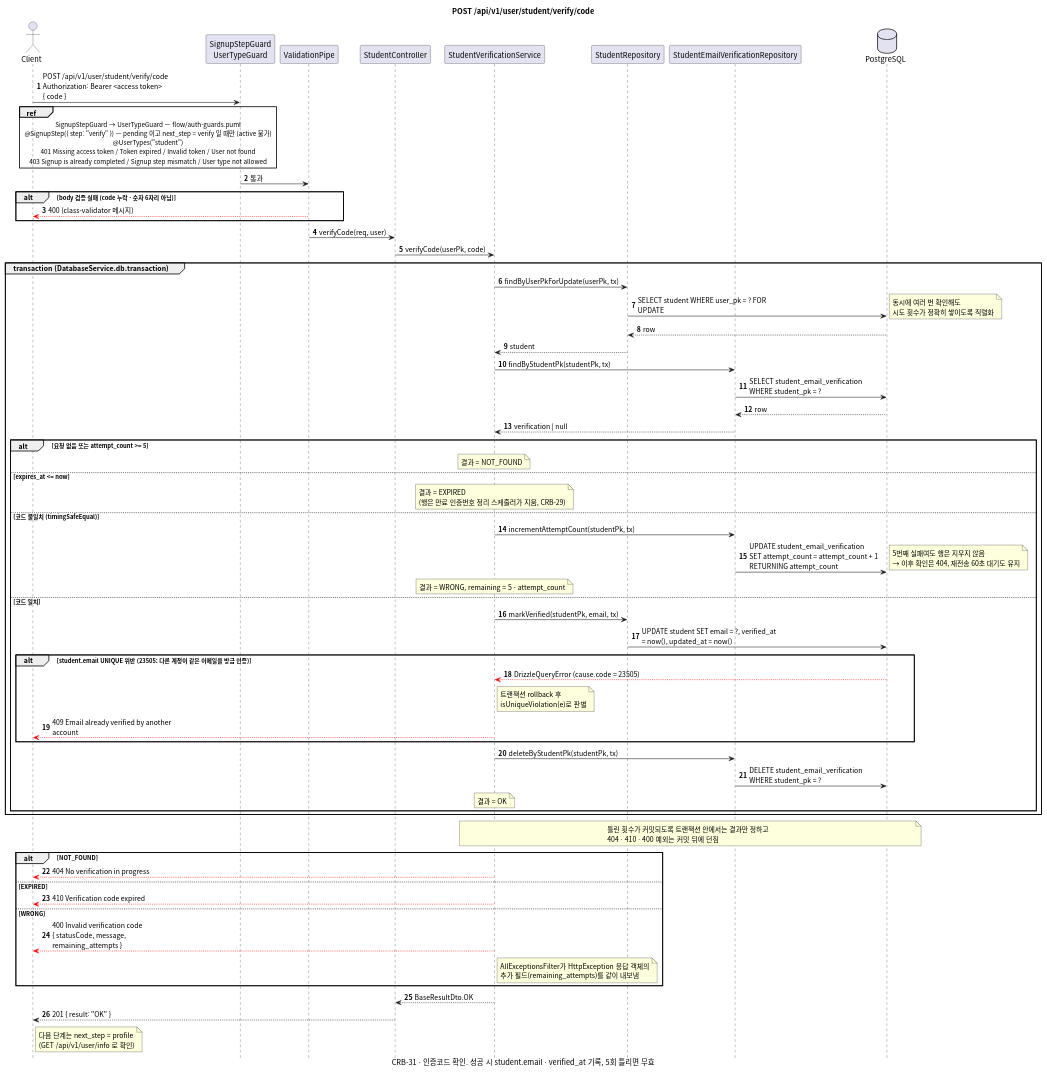
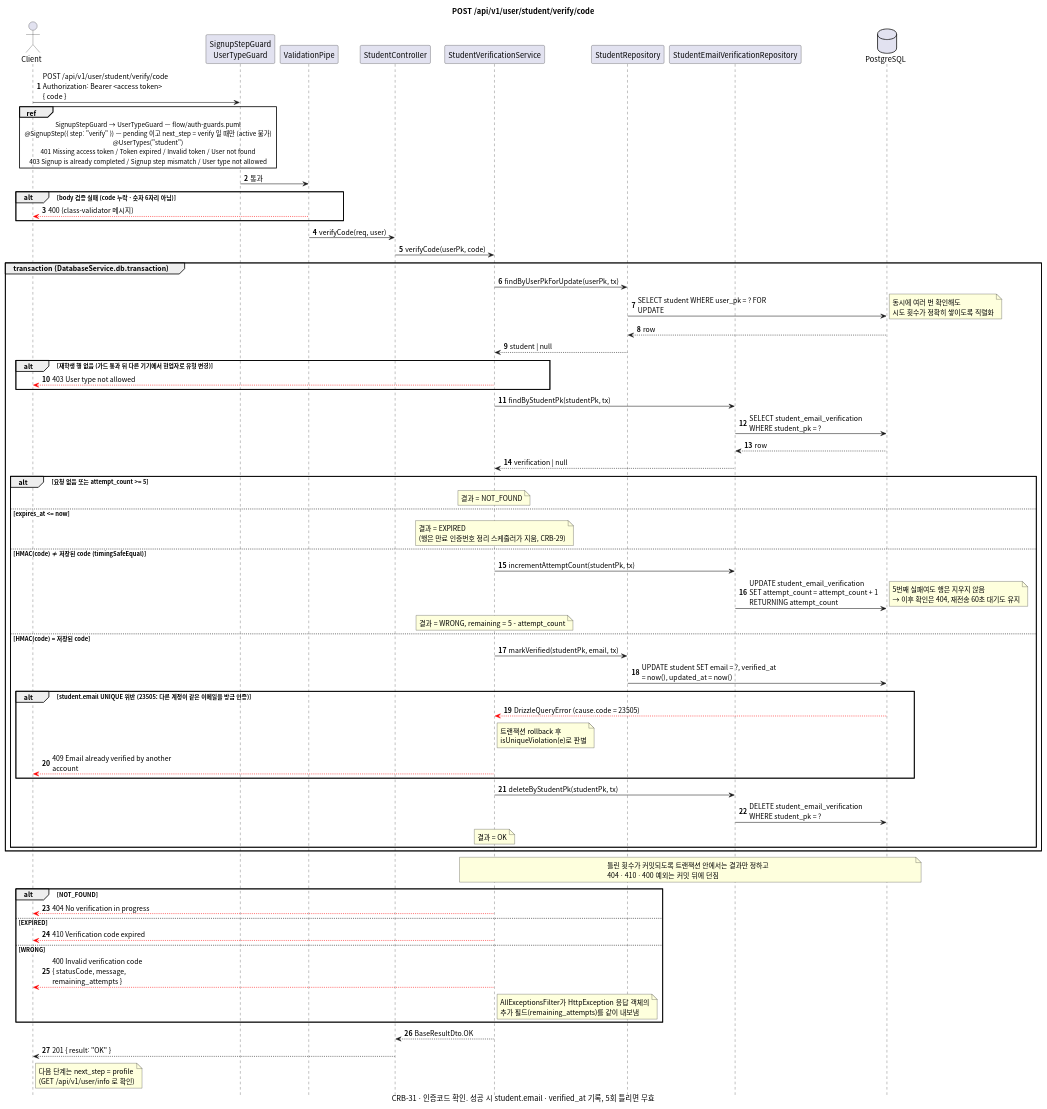
One commit to gsainfoteam/cheers-be changed the diagram in docs/sequence/student/post-verify-code.puml. Above: the diagram before and after it, drawn with PlantUML. The commit also changed 3 other files, not shown here.

Commit message:
- docs: update student diagrams for review fixes

```diff
--- a/docs/sequence/student/post-verify-code.puml
+++ b/docs/sequence/student/post-verify-code.puml
@@ -1,96 +1,99 @@
 @startuml post-verify-code
 skinparam defaultFontName "Apple SD Gothic Neo", "Noto Sans CJK KR", sans-serif
 skinparam responseMessageBelowArrow true
 skinparam sequenceMessageAlign left
 skinparam maxMessageSize 260
 skinparam BoxPadding 8
 skinparam shadowing false
 autonumber
 hide footbox
 
 title POST /api/v1/user/student/verify/code
 caption CRB-31 · 인증코드 확인. 성공 시 student.email · verified_at 기록, 5회 틀리면 무효
 
 actor Client
 participant "SignupStepGuard\nUserTypeGuard" as Guard
 participant "ValidationPipe" as Pipe
 participant "StudentController" as Controller
 participant "StudentVerificationService" as Service
 participant "StudentRepository" as StudentRepository
 participant "StudentEmailVerificationRepository" as VerificationRepository
 database PostgreSQL
 
 Client -> Guard: POST /api/v1/user/student/verify/code\nAuthorization: Bearer <access token>\n{ code }
 ref over Client, Guard
   SignupStepGuard → UserTypeGuard — flow/auth-guards.puml
   @SignupStep({ step: "verify" }) — pending 이고 next_step = verify 일 때만 (active 불가)
   @UserTypes("student")
   401 Missing access token / Token expired / Invalid token / User not found
   403 Signup is already completed / Signup step mismatch / User type not allowed
 end ref
 Guard -> Pipe: 통과
 alt body 검증 실패 (code 누락 · 숫자 6자리 아님)
   Pipe -[#red]-> Client: 400 (class-validator 메시지)
 end
 Pipe -> Controller: verifyCode(req, user)
 Controller -> Service: verifyCode(userPk, code)
 
 group transaction (DatabaseService.db.transaction)
   Service -> StudentRepository: findByUserPkForUpdate(userPk, tx)
   StudentRepository -> PostgreSQL: SELECT student WHERE user_pk = ? FOR UPDATE
   note right: 동시에 여러 번 확인해도\n시도 횟수가 정확히 쌓이도록 직렬화
   PostgreSQL --> StudentRepository: row
-  StudentRepository --> Service: student
+  StudentRepository --> Service: student | null
+  alt 재학생 행 없음 (가드 통과 뒤 다른 기기에서 현업자로 유형 변경)
+    Service -[#red]-> Client: 403 User type not allowed
+  end
 
   Service -> VerificationRepository: findByStudentPk(studentPk, tx)
   VerificationRepository -> PostgreSQL: SELECT student_email_verification WHERE student_pk = ?
   PostgreSQL --> VerificationRepository: row
   VerificationRepository --> Service: verification | null
 
   alt 요청 없음 또는 attempt_count >= 5
     note over Service: 결과 = NOT_FOUND
   else expires_at <= now
     note over Service: 결과 = EXPIRED\n(행은 만료 인증번호 정리 스케줄러가 지움, CRB-29)
-  else 코드 불일치 (timingSafeEqual)
+  else HMAC(code) ≠ 저장된 code (timingSafeEqual)
     Service -> VerificationRepository: incrementAttemptCount(studentPk, tx)
     VerificationRepository -> PostgreSQL: UPDATE student_email_verification\nSET attempt_count = attempt_count + 1 RETURNING attempt_count
     note right
       5번째 실패여도 행은 지우지 않음
       → 이후 확인은 404, 재전송 60초 대기도 유지
     end note
     note over Service: 결과 = WRONG, remaining = 5 - attempt_count
-  else 코드 일치
+  else HMAC(code) = 저장된 code
     Service -> StudentRepository: markVerified(studentPk, email, tx)
     StudentRepository -> PostgreSQL: UPDATE student SET email = ?, verified_at = now(), updated_at = now()
     alt student.email UNIQUE 위반 (23505: 다른 계정이 같은 이메일을 방금 인증)
       PostgreSQL -[#red]-> Service: DrizzleQueryError (cause.code = 23505)
       note right of Service: 트랜잭션 rollback 후\nisUniqueViolation(e)로 판별
       Service -[#red]-> Client: 409 Email already verified by another account
     end
     Service -> VerificationRepository: deleteByStudentPk(studentPk, tx)
     VerificationRepository -> PostgreSQL: DELETE student_email_verification WHERE student_pk = ?
     note over Service: 결과 = OK
   end
 end
 note over Service, PostgreSQL
   틀린 횟수가 커밋되도록 트랜잭션 안에서는 결과만 정하고
   404 · 410 · 400 예외는 커밋 뒤에 던짐
 end note
 
 alt NOT_FOUND
   Service -[#red]-> Client: 404 No verification in progress
 else EXPIRED
   Service -[#red]-> Client: 410 Verification code expired
 else WRONG
   Service -[#red]-> Client: 400 Invalid verification code\n{ statusCode, message, remaining_attempts }
   note right of Service
     AllExceptionsFilter가 HttpException 응답 객체의
     추가 필드(remaining_attempts)를 같이 내보냄
   end note
 end
 
 Service --> Controller: BaseResultDto.OK
 Controller --> Client: 201 { result: "OK" }
 note right of Client: 다음 단계는 next_step = profile\n(GET /api/v1/user/info 로 확인)
 
 @enduml
```
